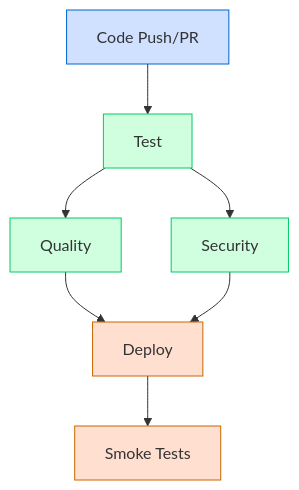
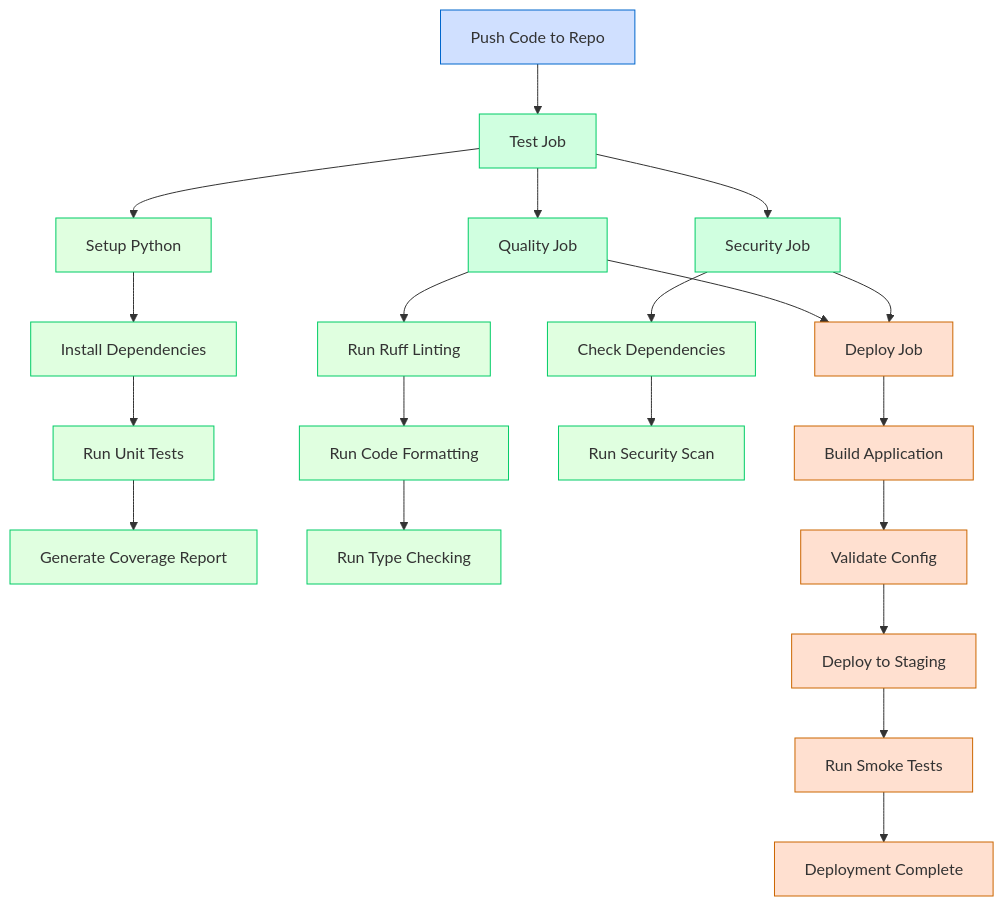
The diagram in docs/ci-cd-pipeline.md (wolkwork/ci-cd-pipeline), drawn with Mermaid before and after one commit. The commit also changed 1 other file, not shown here.

````diff
--- a/docs/ci-cd-pipeline.md
+++ b/docs/ci-cd-pipeline.md
@@ -9,16 +9,60 @@
 ```mermaid
 flowchart TD
-    A[Code Push/PR] --> B[Test]
-    B --> C[Quality]
-    B --> D[Security]
-    C --> E[Deploy]
+    %% Main workflow steps
+    A[Push Code to Repo] --> B[Test Job]
+    B --> C[Quality Job]
+    B --> D[Security Job]
+    C --> E[Deploy Job]
     D --> E
-    E --> F[Smoke Tests]
 
+    %% Test job substeps
+    B --> B1[Setup Python]
+    B1 --> B2[Install Dependencies]
+    B2 --> B3[Run Unit Tests]
+    B3 --> B4[Generate Coverage Report]
+
+    %% Quality job substeps
+    C --> C1[Run Ruff Linting]
+    C1 --> C2[Run Code Formatting]
+    C2 --> C3[Run Type Checking]
+
+    %% Security job substeps
+    D --> D1[Check Dependencies]
+    D1 --> D2[Run Security Scan]
+
+    %% Deploy job substeps
+    E --> E1[Build Application]
+    E1 --> E2[Validate Config]
+    E2 --> E3[Deploy to Staging]
+    E3 --> E4[Run Smoke Tests]
+    E4 --> E5[Deployment Complete]
+
+    %% Styling
     style A fill:#d0e0ff,stroke:#0066cc
     style B fill:#d0ffe0,stroke:#00cc66
     style C fill:#d0ffe0,stroke:#00cc66
     style D fill:#d0ffe0,stroke:#00cc66
     style E fill:#ffe0d0,stroke:#cc6600
-    style F fill:#ffe0d0,stroke:#cc6600
+
+    %% Test job styling
+    style B1 fill:#e0ffe0,stroke:#00cc66
+    style B2 fill:#e0ffe0,stroke:#00cc66
+    style B3 fill:#e0ffe0,stroke:#00cc66
+    style B4 fill:#e0ffe0,stroke:#00cc66
+
+    %% Quality job styling
+    style C1 fill:#e0ffe0,stroke:#00cc66
+    style C2 fill:#e0ffe0,stroke:#00cc66
+    style C3 fill:#e0ffe0,stroke:#00cc66
+
+    %% Security job styling
+    style D1 fill:#e0ffe0,stroke:#00cc66
+    style D2 fill:#e0ffe0,stroke:#00cc66
+
+    %% Deploy job styling
+    style E1 fill:#ffe0d0,stroke:#cc6600
+    style E2 fill:#ffe0d0,stroke:#cc6600
+    style E3 fill:#ffe0d0,stroke:#cc6600
+    style E4 fill:#ffe0d0,stroke:#cc6600
+    style E5 fill:#ffe0d0,stroke:#cc6600
 ```
````
